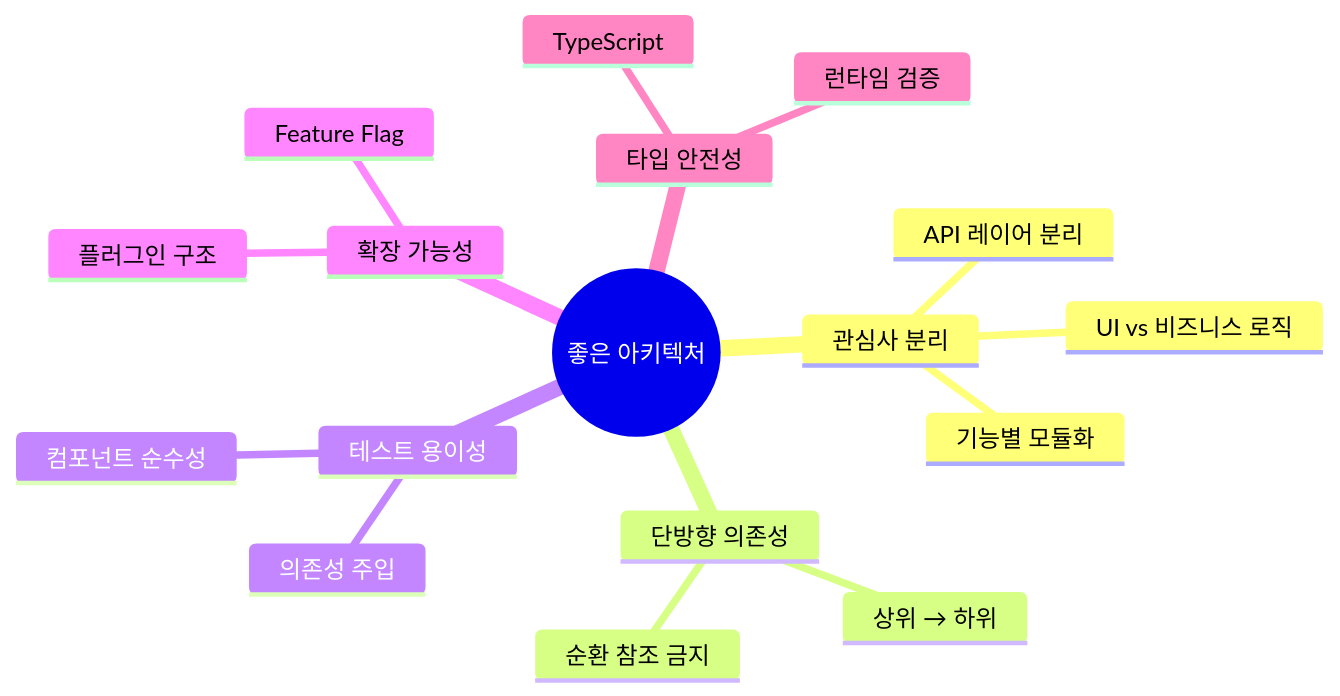
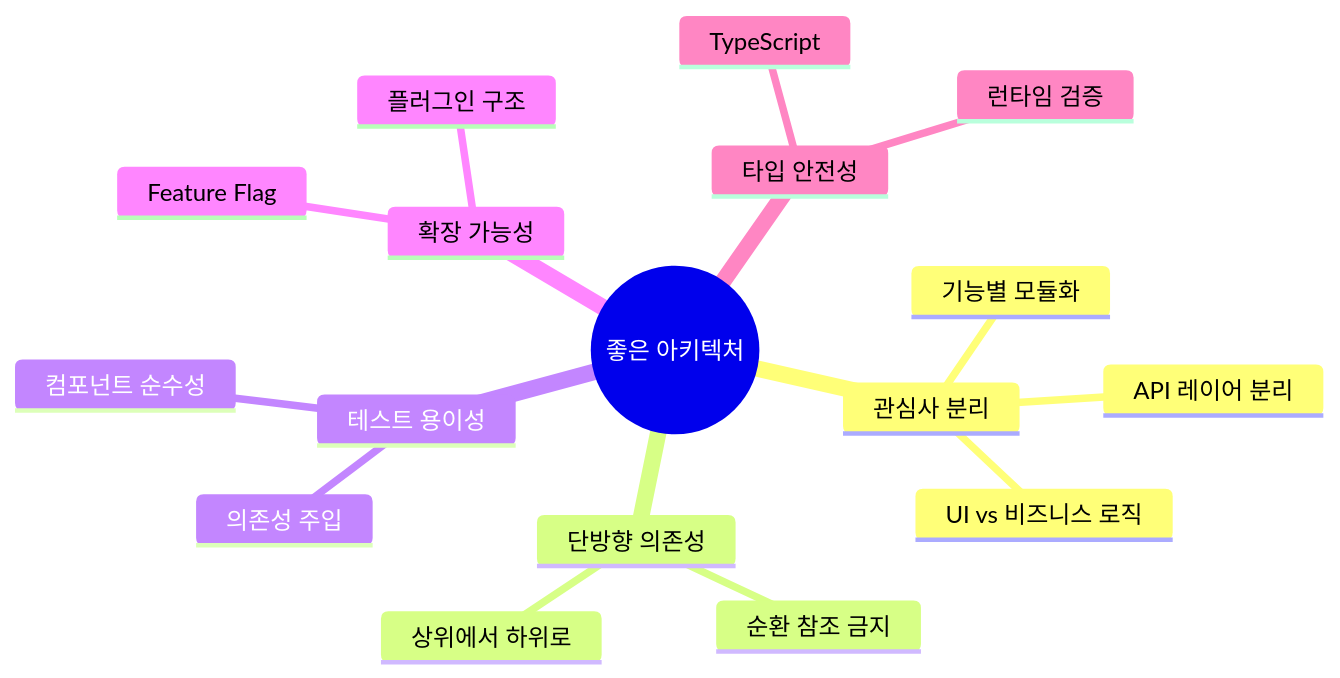
Before and after one commit to yjkim2015/yjkim2015.github.io: the seventh of 7 diagrams in _posts/frontend/2026-05-02-frontend-architecture.md, drawn with Mermaid. The commit also changed other lines of this file and 122 other files, not shown here.

````diff
--- a/_posts/frontend/2026-05-02-frontend-architecture.md
+++ b/_posts/frontend/2026-05-02-frontend-architecture.md
@@ -534,20 +366,20 @@
 ```mermaid
 mindmap
   root((좋은 아키텍처))
     관심사 분리
       UI vs 비즈니스 로직
       기능별 모듈화
       API 레이어 분리
     단방향 의존성
-      상위 → 하위
+      상위에서 하위로
       순환 참조 금지
     테스트 용이성
       컴포넌트 순수성
       의존성 주입
     확장 가능성
       Feature Flag
       플러그인 구조
     타입 안전성
       TypeScript
       런타임 검증
 ```
````
